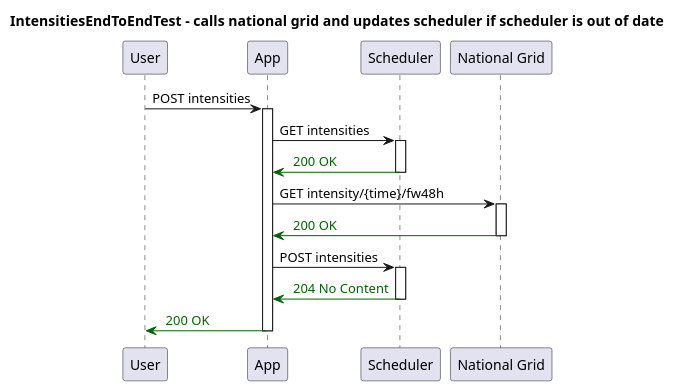
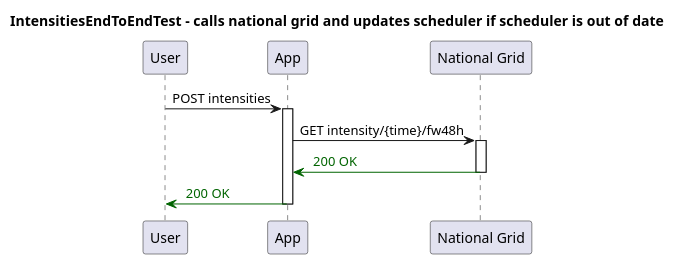
One commit to JamesWheadon/Carbon-Intensity changed the diagram in WebApp/sequences/IntensitiesEndToEndTest - calls national grid and updates scheduler if scheduler is out of date - Sequence.puml. Above: the diagram before and after it, drawn with PlantUML. The commit also changed 22 other files, not shown here.

Commit message:
remove interactions with scheduler for retrieving intensities

```diff
--- a/WebApp/sequences/IntensitiesEndToEndTest - calls national grid and updates scheduler if scheduler is out of date - Sequence.puml
+++ b/WebApp/sequences/IntensitiesEndToEndTest - calls national grid and updates scheduler if scheduler is out of date - Sequence.puml
@@ -1,26 +1,15 @@
 @startuml
 title IntensitiesEndToEndTest - calls national grid and updates scheduler if scheduler is out of date
 participant "User"
 participant "App"
-participant "Scheduler"
 participant "National Grid"
 "User" -> "App": POST intensities
 activate "App"
-"App" -> "Scheduler": GET intensities
-activate "Scheduler"
-
-"Scheduler" -[#DarkGreen]> "App": <color:DarkGreen> 200 OK
-deactivate "Scheduler"
 "App" -> "National Grid": GET intensity/{time}/fw48h
 activate "National Grid"
 
 "National Grid" -[#DarkGreen]> "App": <color:DarkGreen> 200 OK
 deactivate "National Grid"
-"App" -> "Scheduler": POST intensities
-activate "Scheduler"
-
-"Scheduler" -[#DarkGreen]> "App": <color:DarkGreen> 204 No Content
-deactivate "Scheduler"
 "App" -[#DarkGreen]> "User": <color:DarkGreen> 200 OK
 deactivate "App"
 @enduml
```
